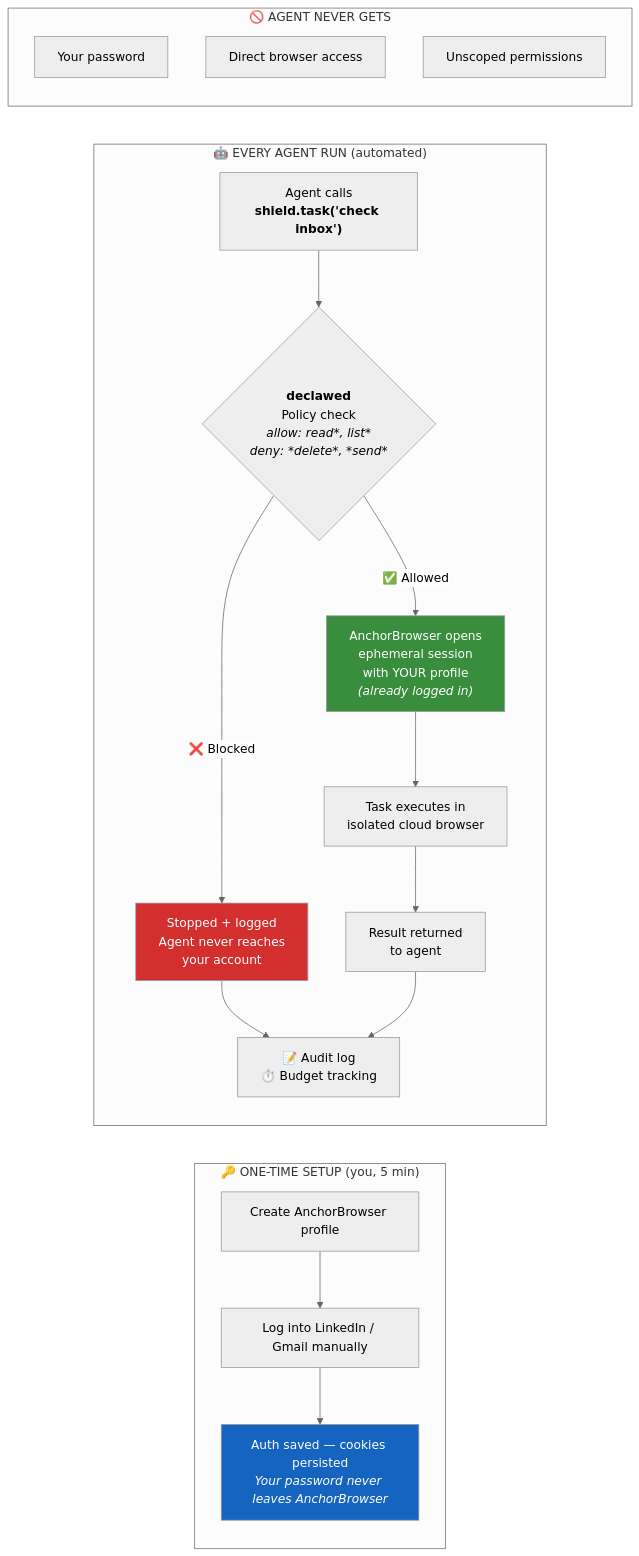
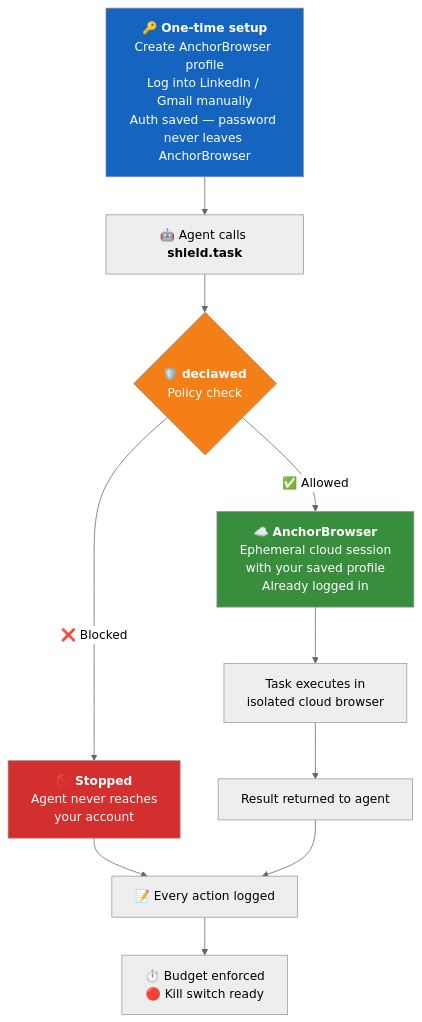
The diagram in README.md (dormstern/declawed), drawn with Mermaid (neutral theme) before and after one commit.

Commit message:
fix: simplify Mermaid diagram — GitHub renderer was breaking on nested subgraphs

````diff
--- a/README.md
+++ b/README.md
@@ -81,29 +81,21 @@
 ```mermaid
-flowchart LR
-    subgraph setup ["🔑 ONE-TIME SETUP (you, 5 min)"]
-        direction TB
-        A["Create AnchorBrowser profile"] --> B["Log into LinkedIn / Gmail manually"]
-        B --> C["Auth saved — cookies persisted\n<i>Your password never leaves AnchorBrowser</i>"]
-    end
+flowchart TD
+    A["🔑 <b>One-time setup</b><br/>Create AnchorBrowser profile<br/>Log into LinkedIn / Gmail manually<br/>Auth saved — password never leaves AnchorBrowser"] --> D
 
-    subgraph runtime ["🤖 EVERY AGENT RUN (automated)"]
-        direction TB
-        D["Agent calls\n<b>shield.task('check inbox')</b>"] --> E{"<b>declawed</b>\nPolicy check\n<i>allow: read*, list*\ndeny: *delete*, *send*</i>"}
-        E -->|"✅ Allowed"| F["AnchorBrowser opens\nephemeral session\nwith YOUR profile\n<i>(already logged in)</i>"]
-        E -->|"❌ Blocked"| G["Stopped + logged\nAgent never reaches\nyour account"]
-        F --> H["Task executes in\nisolated cloud browser"]
-        H --> I["Result returned\nto agent"]
-        G --> J["📝 Audit log\n⏱️ Budget tracking"]
-        I --> J
-    end
+    D["🤖 Agent calls <b>shield.task</b>"] --> E{"🛡️ <b>declawed</b><br/>Policy check"}
 
-    subgraph never ["🚫 AGENT NEVER GETS"]
-        K["Your password"]
-        L["Direct browser access"]
-        M["Unscoped permissions"]
-    end
+    E -->|"✅ Allowed"| F["☁️ <b>AnchorBrowser</b><br/>Ephemeral cloud session<br/>with your saved profile<br/>Already logged in"]
+    E -->|"❌ Blocked"| G["🚫 <b>Stopped</b><br/>Agent never reaches<br/>your account"]
 
+    F --> H["Task executes in<br/>isolated cloud browser"]
+    H --> I["Result returned to agent"]
+
+    G --> J["📝 Every action logged"]
+    I --> J
+    J --> K["⏱️ Budget enforced<br/>🔴 Kill switch ready"]
+
+    style A fill:#1565c0,color:#fff
+    style E fill:#f57f17,color:#fff
+    style F fill:#388e3c,color:#fff
     style G fill:#d32f2f,color:#fff
-    style F fill:#388e3c,color:#fff
-    style C fill:#1565c0,color:#fff
 ```
````
